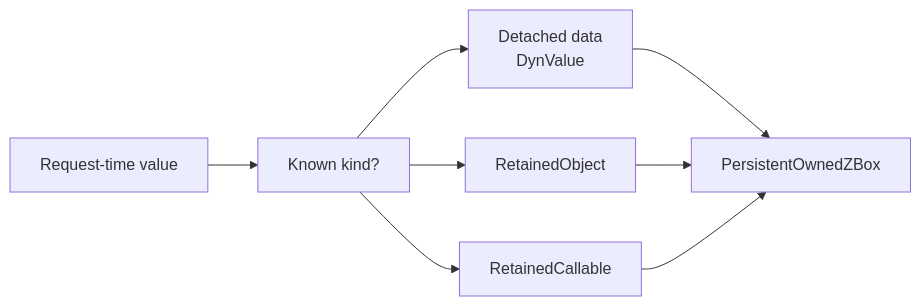
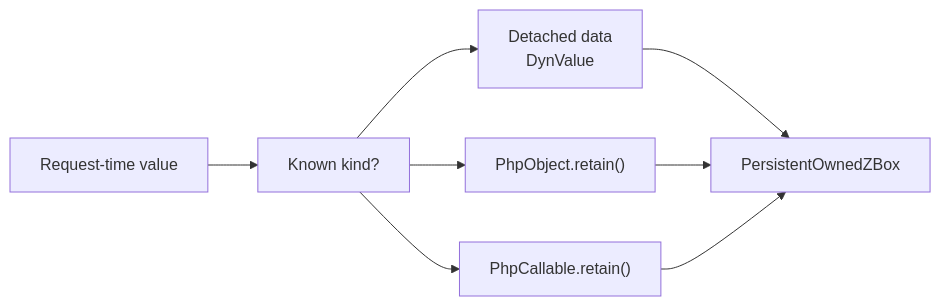
The fourth of 4 diagrams in vphp/docs/value_layers.md (guweigang/vphpx), drawn with Mermaid before and after one commit. The commit also changed other lines of this file and 57 other files, not shown here.

````diff
--- a/vphp/docs/value_layers.md
+++ b/vphp/docs/value_layers.md
@@ -393,10 +402,10 @@
 ```mermaid
 flowchart LR
     NOW["Request-time value"] --> CHECK["Known kind?"]
     CHECK --> DATA["Detached data<br/>DynValue"]
-    CHECK --> OBJ["RetainedObject"]
-    CHECK --> CALL["RetainedCallable"]
+    CHECK --> OBJ["PhpObject.retain()"]
+    CHECK --> CALL["PhpCallable.retain()"]
     DATA --> PZ["PersistentOwnedZBox"]
     OBJ --> PZ
     CALL --> PZ
 ```
````
